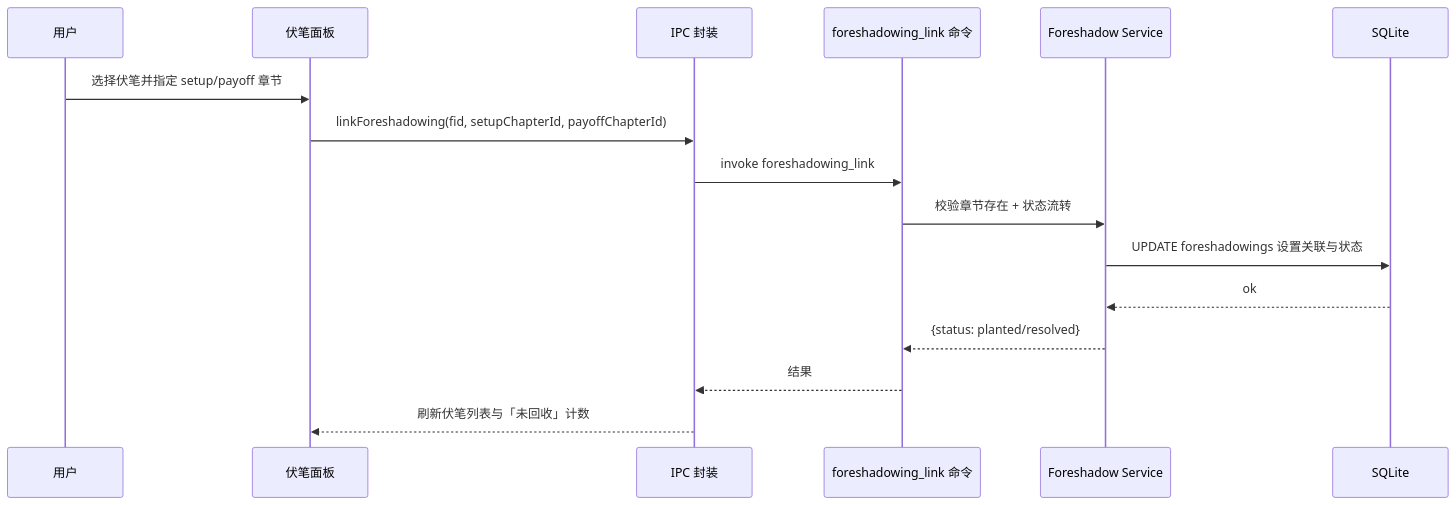
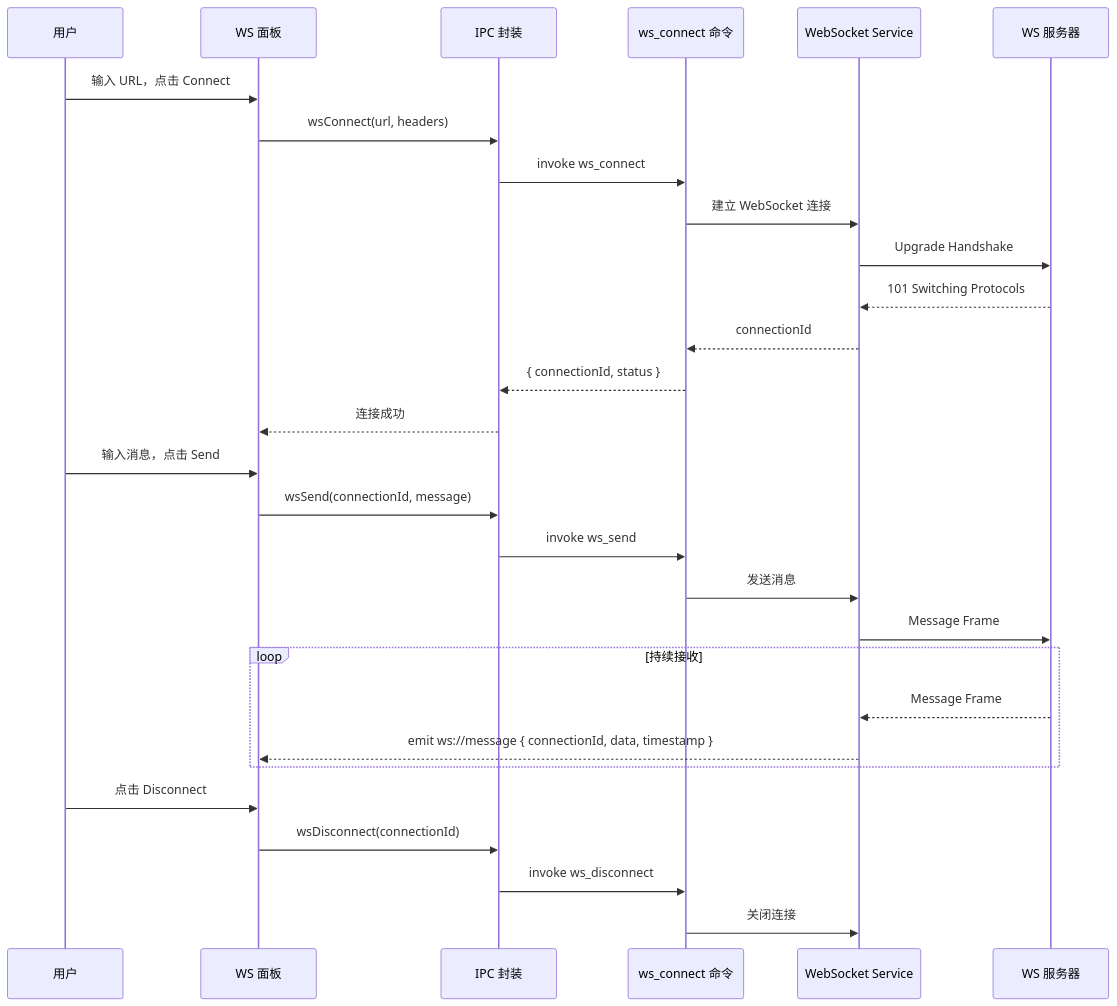
One commit to gsxhnd/Thread changed the third of 6 diagrams in docs/02.architecture.md. Above: the diagram before and after it, drawn with Mermaid. The commit also changed other lines of this file and 164 other files, not shown here.

````diff
--- a/docs/02.architecture.md
+++ b/docs/02.architecture.md
@@ -114,19 +128,35 @@
 ```mermaid
 sequenceDiagram
     participant U as 用户
-    participant V as 伏笔面板
+    participant P as WS 面板
     participant A as IPC 封装
-    participant C as foreshadowing_link 命令
-    participant Svc as Foreshadow Service
-    participant DB as SQLite
+    participant C as ws_connect 命令
+    participant W as WebSocket Service
+    participant N as WS 服务器
 
-    U->>V: 选择伏笔并指定 setup/payoff 章节
-    V->>A: linkForeshadowing(fid, setupChapterId, payoffChapterId)
-    A->>C: invoke foreshadowing_link
-    C->>Svc: 校验章节存在 + 状态流转
-    Svc->>DB: UPDATE foreshadowings 设置关联与状态
-    DB-->>Svc: ok
-    Svc-->>C: {status: planted/resolved}
-    C-->>A: 结果
-    A-->>V: 刷新伏笔列表与「未回收」计数
+    U->>P: 输入 URL，点击 Connect
+    P->>A: wsConnect(url, headers)
+    A->>C: invoke ws_connect
+    C->>W: 建立 WebSocket 连接
+    W->>N: Upgrade Handshake
+    N-->>W: 101 Switching Protocols
+    W-->>C: connectionId
+    C-->>A: { connectionId, status }
+    A-->>P: 连接成功
+
+    U->>P: 输入消息，点击 Send
+    P->>A: wsSend(connectionId, message)
+    A->>C: invoke ws_send
+    C->>W: 发送消息
+    W->>N: Message Frame
+
+    loop 持续接收
+        N-->>W: Message Frame
+        W-->>P: emit ws://message { connectionId, data, timestamp }
+    end
+
+    U->>P: 点击 Disconnect
+    P->>A: wsDisconnect(connectionId)
+    A->>C: invoke ws_disconnect
+    C->>W: 关闭连接
 ```
````
